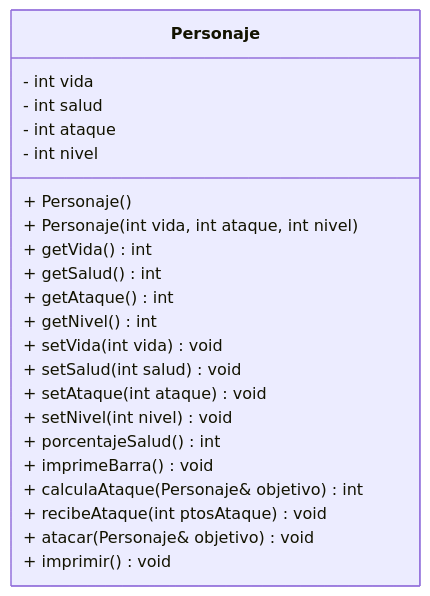
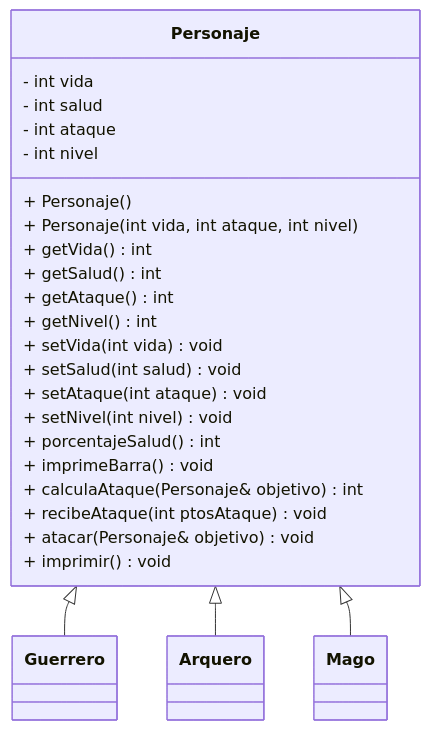
The diagram in assignments/README.md (alexandracvz/Proyecto_A01666950), drawn with Mermaid before and after one commit.

Commit message:
uml complete pt2

````diff
--- a/assignments/README.md
+++ b/assignments/README.md
@@ -8,30 +8,34 @@
 ```mermaid
 classDiagram
 
 class Personaje{
     - int vida
     - int salud
     - int ataque
     - int nivel
 
     + Personaje()
     + Personaje(int vida, int ataque, int nivel)
 
     + getVida() int
     + getSalud() int
     + getAtaque() int
     + getNivel() int
 
     + setVida(int vida) void
     + setSalud(int salud) void
     + setAtaque(int ataque) void
     + setNivel(int nivel) void
 
     + porcentajeSalud() int
     + imprimeBarra() void
     + calculaAtaque(Personaje& objetivo) int
     + recibeAtaque(int ptosAtaque) void
     + atacar(Personaje& objetivo) void
     + imprimir() void
 }
+
+Personaje <|-- Guerrero
+Personaje <|-- Arquero
+Personaje <|-- Mago
 ```
````
